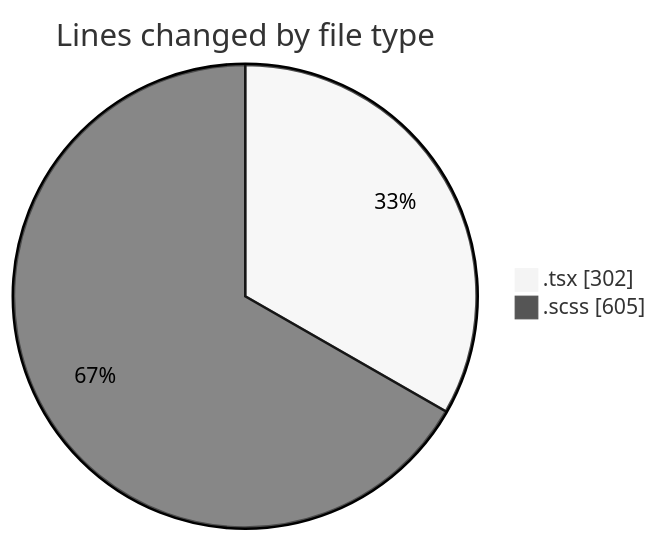
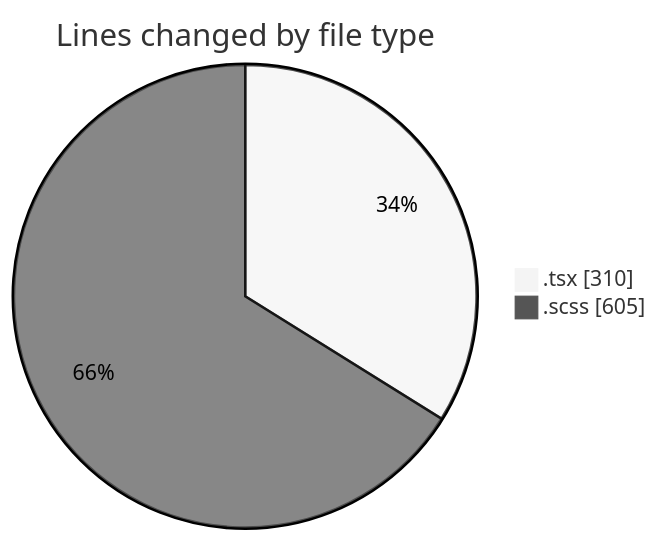
Before and after one commit to momahboobian/code-tracking: the first of 2 diagrams in 2025-03-27/cda/README.md, drawn with Mermaid (neutral theme). The commit also changed other lines of this file and 1 other file, not shown here.

````diff
--- a/2025-03-27/cda/README.md
+++ b/2025-03-27/cda/README.md
@@ -21,6 +21,6 @@
 ```mermaid
 pie showData
 title Lines changed by file type
-".tsx" : 302
+".tsx" : 310
 ".scss" : 605
 ```
````
